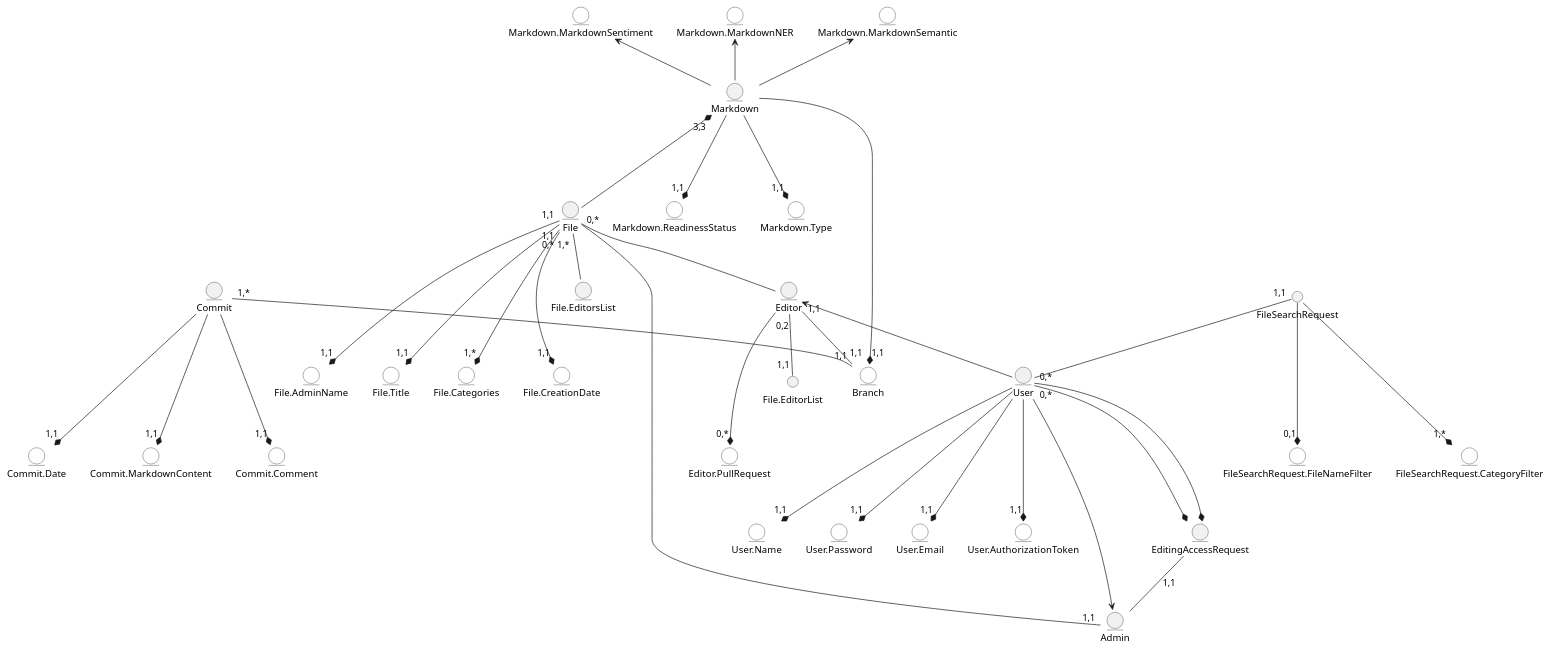
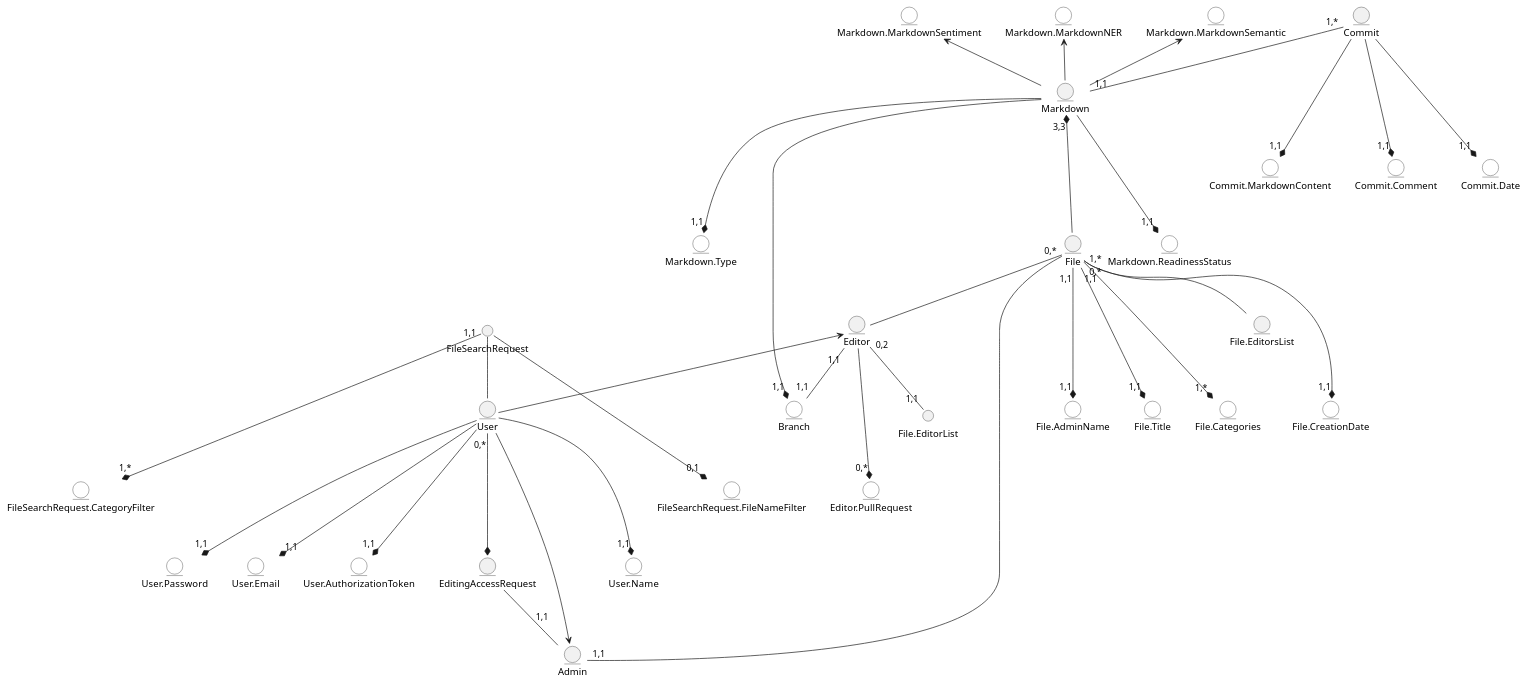
Before and after one commit to m1guelten/edu-db-cw: the diagram in docs/design/README.md, drawn with PlantUML.

```diff
--- a/docs/design/README.md
+++ b/docs/design/README.md
@@ -69,9 +69,8 @@
     
     Editor "1,1" -- "1,1" Branch
     Editor "0,2" -- "1,1" File.EditorList
-    Commit "1,*" -- "1,1" Branch
+    Commit "1,*" -- "1,1" Markdown
     
-    EditingAccessRequest  *-u-- "0,*" User
     EditingAccessRequest  *-u-- "0,*" User
     
     EditingAccessRequest -- Admin : "1,1"
```
